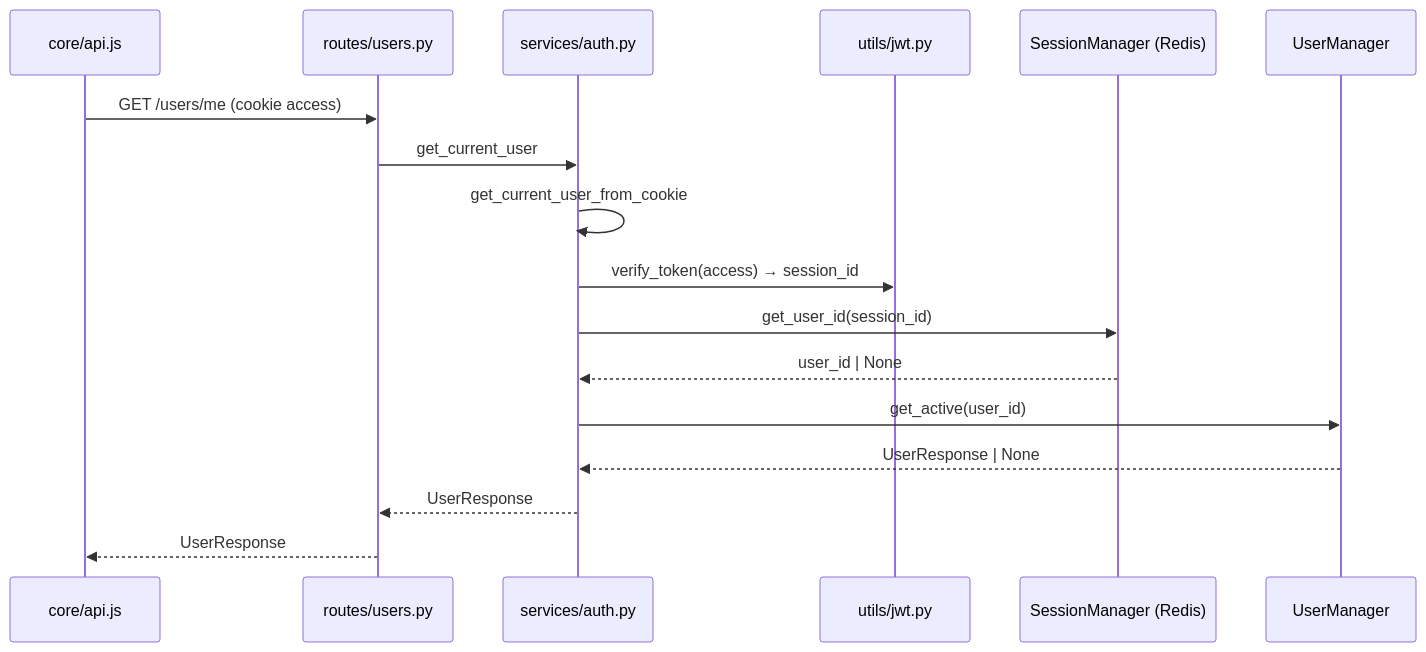
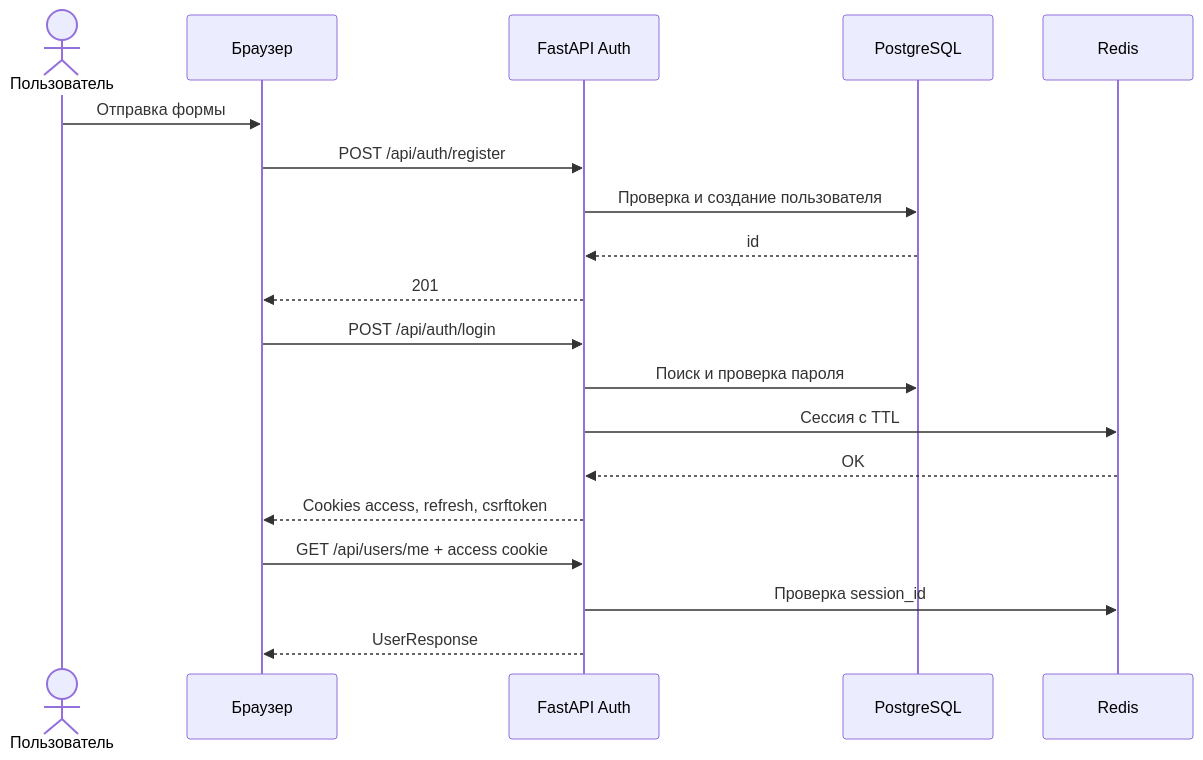
Before and after one commit to ITouch228/fastapi-realtime-messenger: the first of 6 diagrams in docs/data_flow.md, drawn with Mermaid. The commit also changed other lines of this file and 8 other files, not shown here.

First line of the commit message:
docs: актуализировать README, диаграммы и правила Git (#14)

````diff
--- a/docs/data_flow.md
+++ b/docs/data_flow.md
@@ -51,20 +7,21 @@
 ```mermaid
 sequenceDiagram
-    participant API as core/api.js
-    participant Route as routes/users.py
-    participant Svc as services/auth.py
-    participant JWT as utils/jwt.py
-    participant SM as SessionManager (Redis)
-    participant UMGR as UserManager
-
-    API->>Route: GET /users/me (cookie access)
-    Route->>Svc: get_current_user
-    Svc->>Svc: get_current_user_from_cookie
-    Svc->>JWT: verify_token(access) → session_id
-    Svc->>SM: get_user_id(session_id)
-    SM-->>Svc: user_id | None
-    Svc->>UMGR: get_active(user_id)
-    UMGR-->>Svc: UserResponse | None
-    Svc-->>Route: UserResponse
-    Route-->>API: UserResponse
+    actor U as Пользователь
+    participant B as Браузер
+    participant API as FastAPI Auth
+    participant DB as PostgreSQL
+    participant R as Redis
+    U->>B: Отправка формы
+    B->>API: POST /api/auth/register
+    API->>DB: Проверка и создание пользователя
+    DB-->>API: id
+    API-->>B: 201
+    B->>API: POST /api/auth/login
+    API->>DB: Поиск и проверка пароля
+    API->>R: Сессия с TTL
+    R-->>API: OK
+    API-->>B: Cookies access, refresh, csrftoken
+    B->>API: GET /api/users/me + access cookie
+    API->>R: Проверка session_id
+    API-->>B: UserResponse
 ```
````
